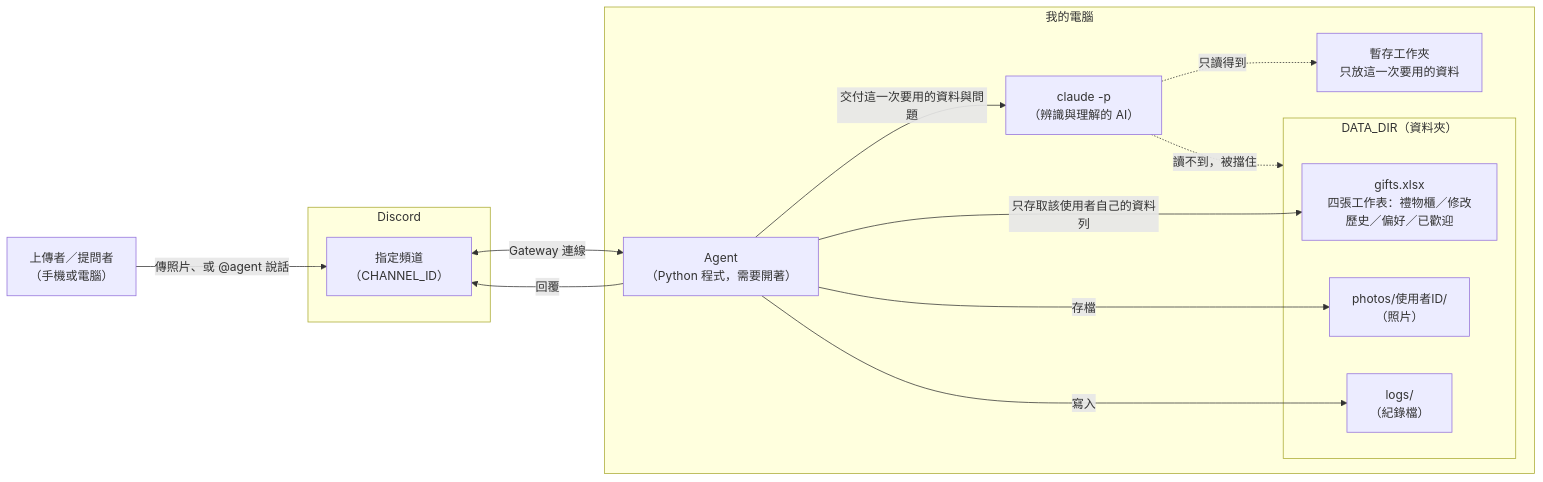
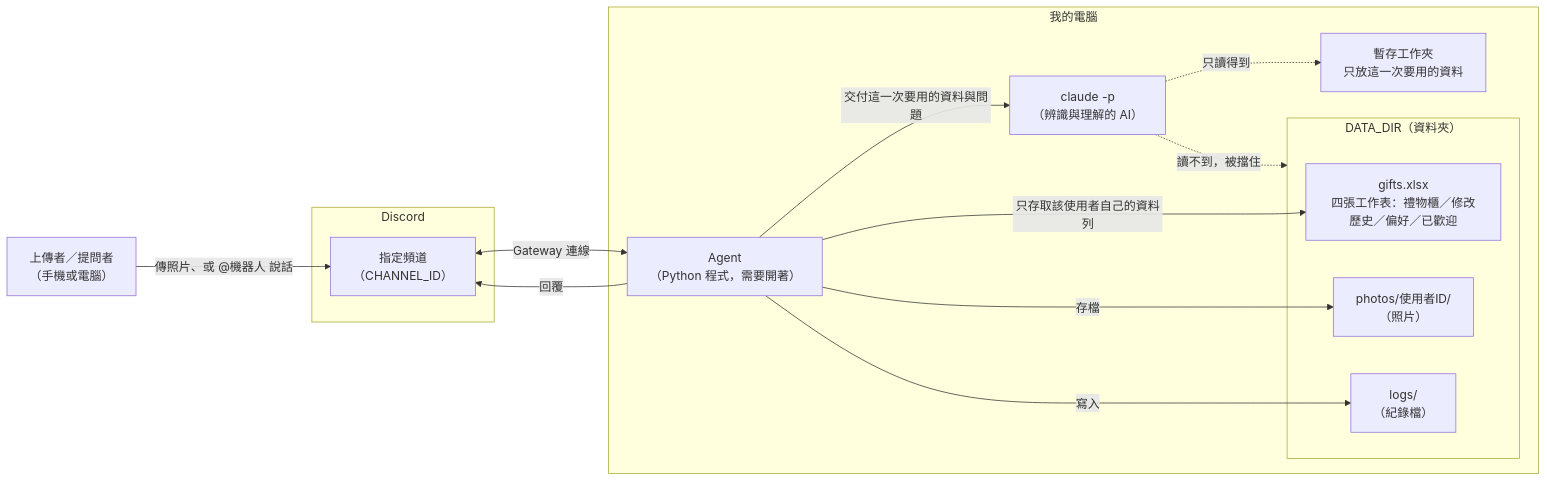
The first of 3 diagrams in docs/architecture.md (yhh-128/food128), drawn with Mermaid before and after one commit. The commit also changed other lines of this file and 7 other files, not shown here.

````diff
--- a/docs/architecture.md
+++ b/docs/architecture.md
@@ -46,27 +46,27 @@
 ```mermaid
 flowchart LR
     U["上傳者／提問者<br/>（手機或電腦）"]
     subgraph D["Discord"]
         CH["指定頻道<br/>（CHANNEL_ID）"]
     end
     subgraph PC["我的電腦"]
         AG["Agent<br/>（Python 程式，需要開著）"]
         CL["claude -p<br/>（辨識與理解的 AI）"]
         TMP["暫存工作夾<br/>只放這一次要用的資料"]
         subgraph DD["DATA_DIR（資料夾）"]
             XL["gifts.xlsx<br/>四張工作表：禮物櫃／修改歷史／偏好／已歡迎"]
             PH["photos/使用者ID/<br/>（照片）"]
             LG["logs/<br/>（紀錄檔）"]
         end
     end
 
-    U -->|"傳照片、或 @agent 說話"| CH
+    U -->|"傳照片、或 @機器人 說話"| CH
     CH <-->|"Gateway 連線"| AG
     AG -->|"交付這一次要用的資料與問題"| CL
     CL -.->|"只讀得到"| TMP
     AG -->|"只存取該使用者自己的資料列"| XL
     AG -->|"存檔"| PH
     AG -->|"寫入"| LG
     AG -->|"回覆"| CH
     CL -. "讀不到，被擋住" .-> DD
 ```
````
